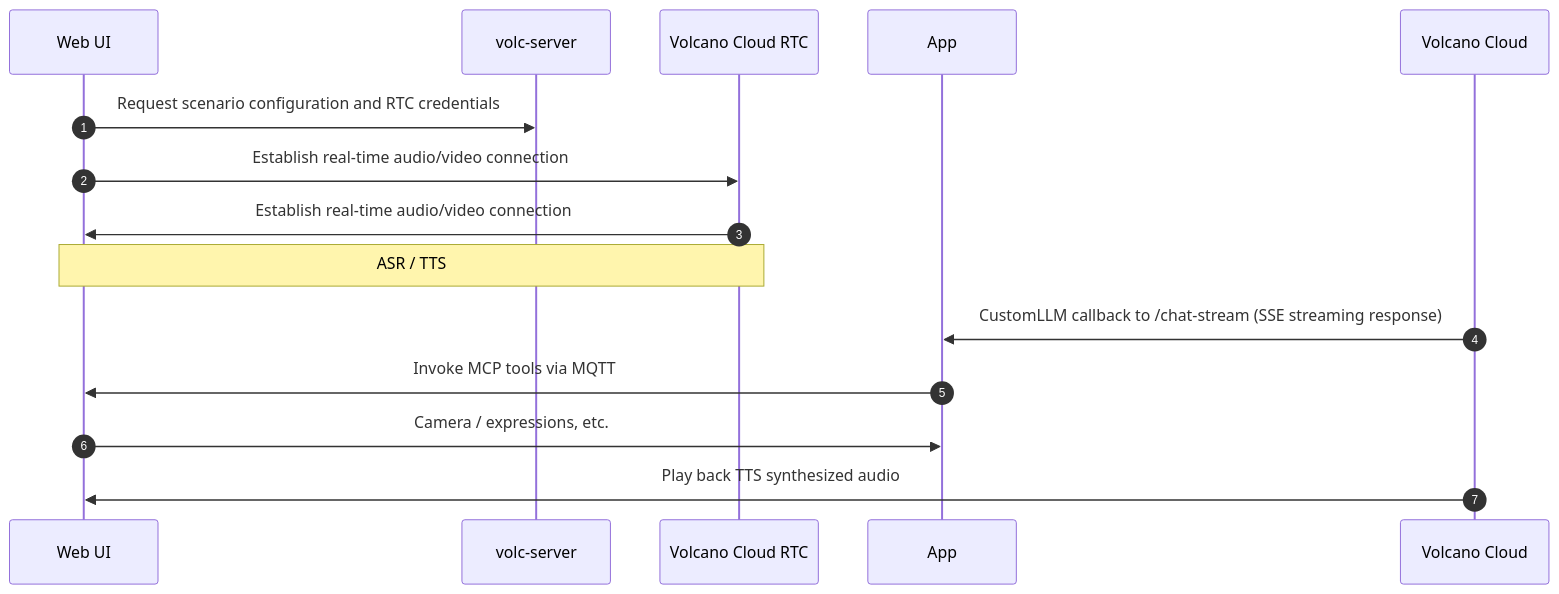
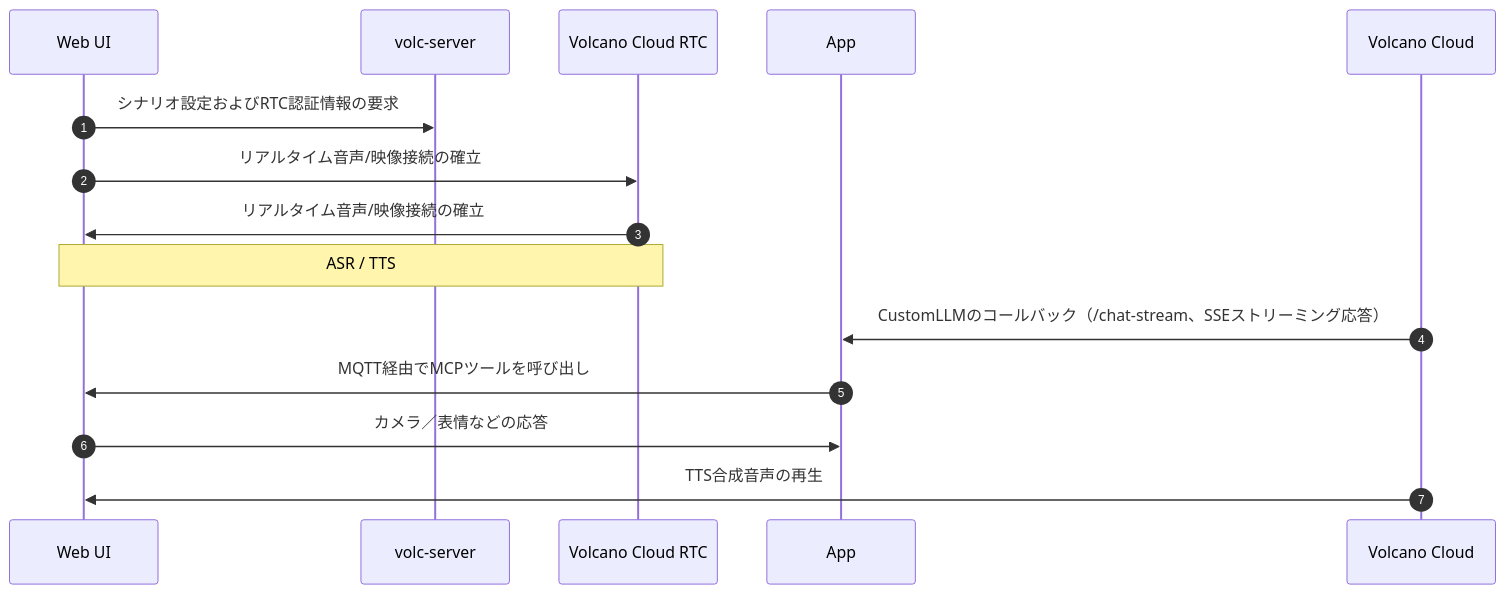
The diagram in ja_JP/emqx-ai/rtc-services/volcengine-rtc/quick-start.md (emqx/emqx-docs), drawn with Mermaid before and after one commit. The commit also changed other lines of this file and 385 other files, not shown here.

````diff
--- a/ja_JP/emqx-ai/rtc-services/volcengine-rtc/quick-start.md
+++ b/ja_JP/emqx-ai/rtc-services/volcengine-rtc/quick-start.md
@@ -21,23 +21,23 @@
 ```mermaid
 sequenceDiagram
     autonumber
     participant WebUI as Web UI
     participant Volc as volc-server
     participant RTC as Volcano Cloud RTC
     participant App as App
     participant Cloud as Volcano Cloud
 
-    WebUI ->> Volc: Request scenario configuration and RTC credentials
+    WebUI ->> Volc: シナリオ設定およびRTC認証情報の要求
 
-    WebUI ->> RTC: Establish real-time audio/video connection
-    RTC ->> WebUI: Establish real-time audio/video connection
+    WebUI ->> RTC: リアルタイム音声/映像接続の確立
+    RTC ->> WebUI: リアルタイム音声/映像接続の確立
     note over WebUI, RTC: ASR / TTS
 
-    Cloud ->> App: CustomLLM callback to /chat-stream (SSE streaming response)
+    Cloud ->> App: CustomLLMのコールバック（/chat-stream、SSEストリーミング応答）
 
-    App ->> WebUI: Invoke MCP tools via MQTT
-    WebUI ->> App: Camera / expressions, etc.
+    App ->> WebUI: MQTT経由でMCPツールを呼び出し
+    WebUI ->> App: カメラ／表情などの応答
 
-    Cloud ->> WebUI: Play back TTS synthesized audio
+    Cloud ->> WebUI: TTS合成音声の再生
 
 ```
````
